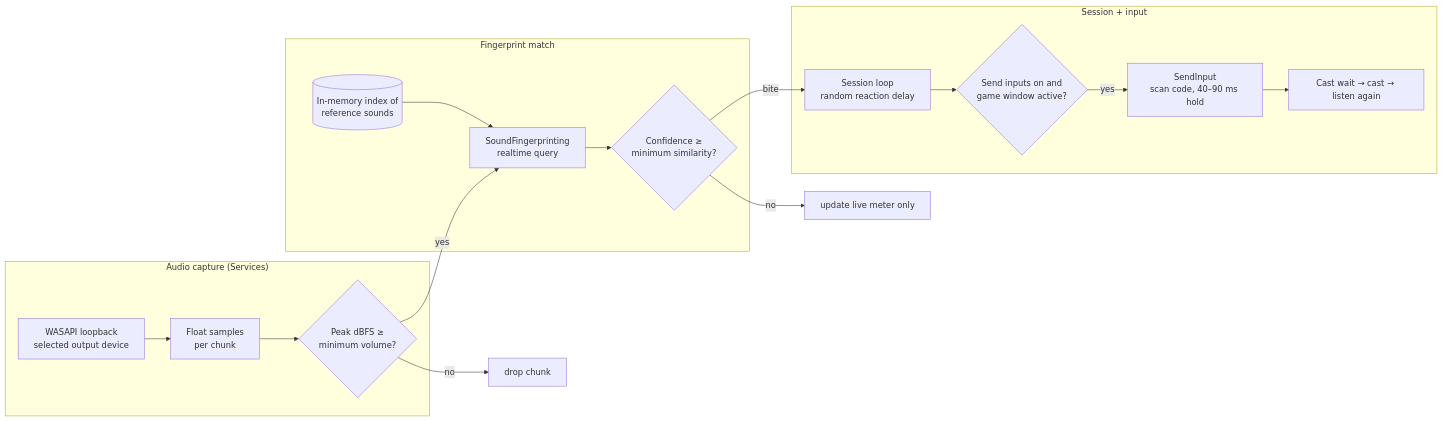
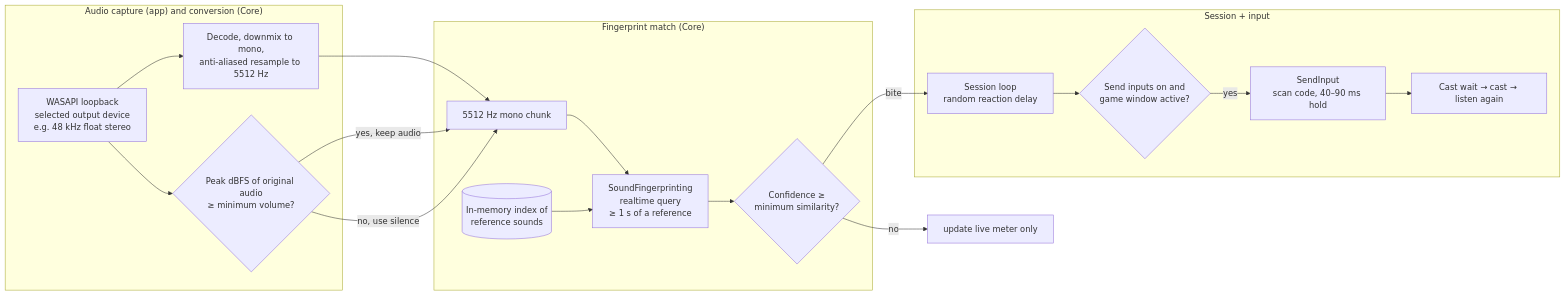
The diagram in README.md (Moosecat313/BobberBell), drawn with Mermaid before and after one commit. The commit also changed other lines of this file and 27 other files, not shown here.

First line of the commit message:
Fix splash detection: convert loopback audio to 5512 Hz mono (v1.0.1)

````diff
--- a/README.md
+++ b/README.md
@@ -62,20 +62,22 @@
 ```mermaid
 flowchart LR
-    subgraph Capture["Audio capture (Services)"]
-        A[WASAPI loopback<br/>selected output device] --> B[Float samples<br/>per chunk]
-        B --> C{Peak dBFS ≥<br/>minimum volume?}
+    subgraph Capture["Audio capture (app) and conversion (Core)"]
+        A[WASAPI loopback<br/>selected output device<br/>e.g. 48 kHz float stereo] --> B[Decode, downmix to mono,<br/>anti-aliased resample to 5512 Hz]
+        A --> C{Peak dBFS of original audio<br/>≥ minimum volume?}
     end
-    subgraph Match["Fingerprint match"]
-        C -- yes --> D[SoundFingerprinting<br/>realtime query]
+    subgraph Match["Fingerprint match (Core)"]
+        B --> K[5512 Hz mono chunk]
+        C -- yes, keep audio --> K
+        C -- no, use silence --> K
+        K --> D[SoundFingerprinting<br/>realtime query<br/>≥ 1 s of a reference]
         R[(In-memory index of<br/>reference sounds)] --> D
         D --> E{Confidence ≥<br/>minimum similarity?}
     end
     subgraph Act["Session + input"]
         E -- bite --> F[Session loop<br/>random reaction delay]
         F --> G{Send inputs on and<br/>game window active?}
         G -- yes --> H[SendInput<br/>scan code, 40–90 ms hold]
         H --> I[Cast wait → cast → listen again]
     end
-    C -- no --> X[drop chunk]
     E -- no --> M[update live meter only]
 ```
````
